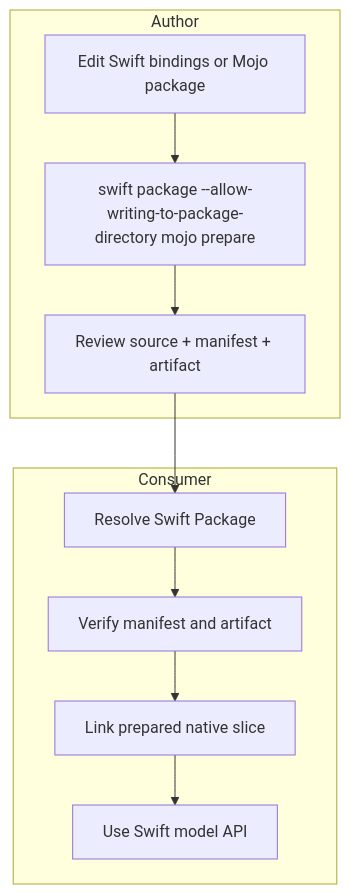
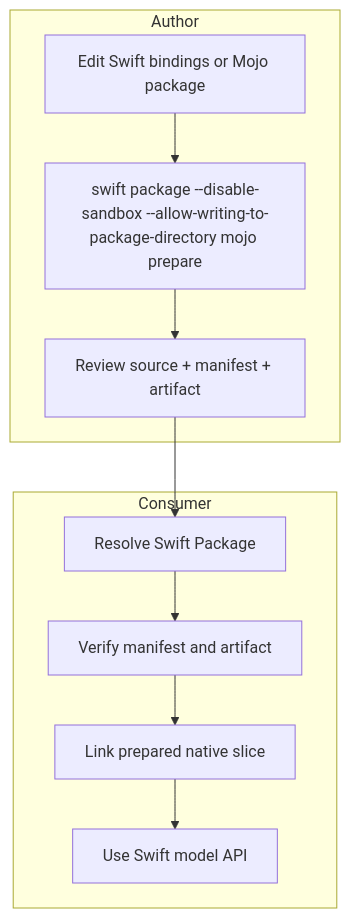
One commit to 1amageek/swift-mojo changed the third of 3 diagrams in docs/DESIGN.md. Above: the diagram before and after it, drawn with Mermaid. The commit also changed other lines of this file and 29 other files, not shown here.

````diff
--- a/docs/DESIGN.md
+++ b/docs/DESIGN.md
@@ -355,17 +355,17 @@
 ```mermaid
 flowchart TB
     subgraph Author
         Edit["Edit Swift bindings or Mojo package"]
-        Prepare["swift package --allow-writing-to-package-directory mojo prepare"]
+        Prepare["swift package --disable-sandbox --allow-writing-to-package-directory mojo prepare"]
         Review["Review source + manifest + artifact"]
         Edit --> Prepare --> Review
     end
     subgraph Consumer
         Resolve["Resolve Swift Package"]
         Verify["Verify manifest and artifact"]
         Link["Link prepared native slice"]
         Run["Use Swift model API"]
         Resolve --> Verify --> Link --> Run
     end
     Review --> Resolve
 ```
````
